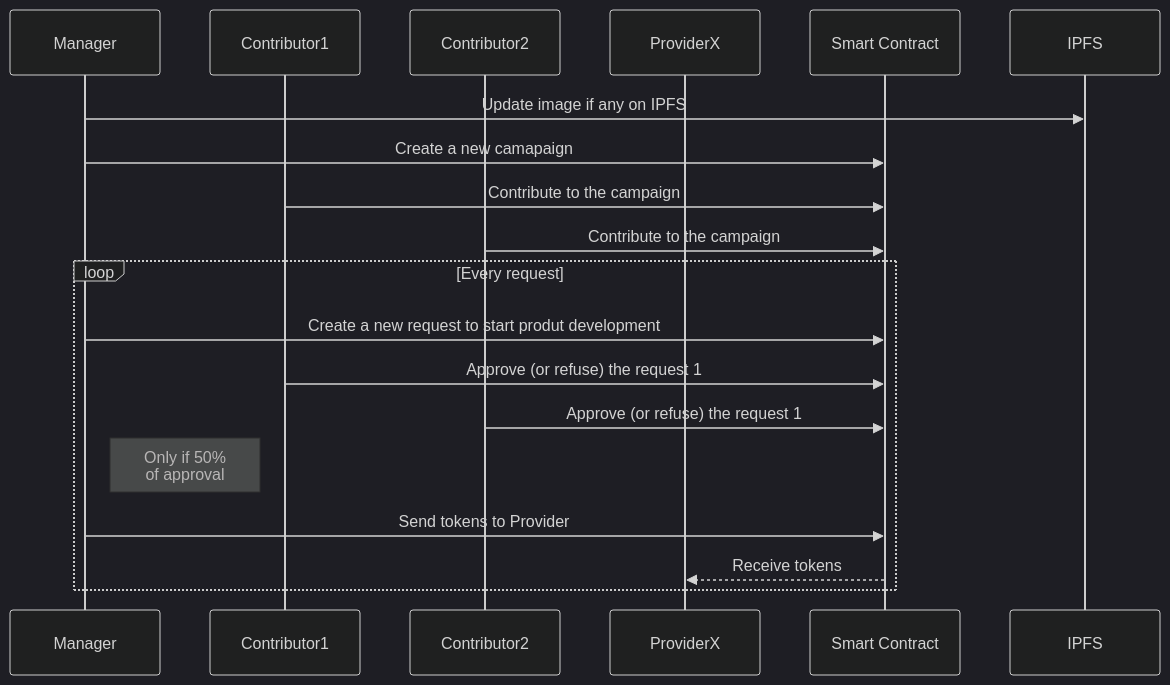
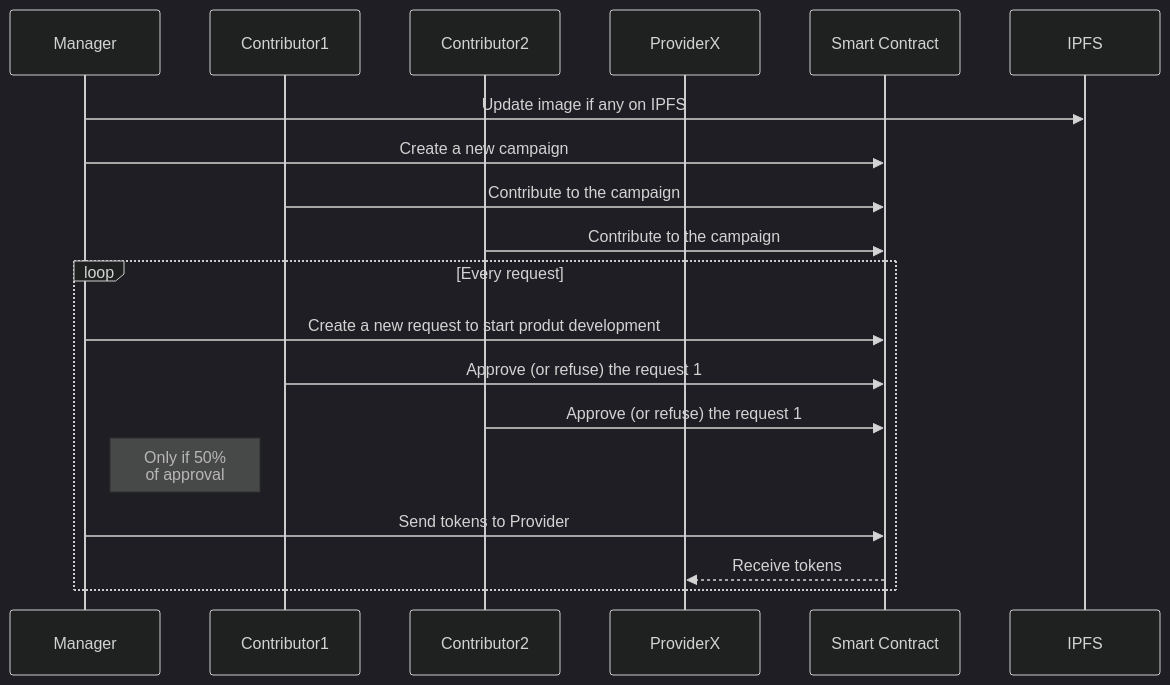
Before and after one commit to canujohann/crowdfunding-web3-sample: the diagram in readme.md, drawn with Mermaid (dark theme).

Commit message:
hotfix readme typo

````diff
--- a/readme.md
+++ b/readme.md
@@ -18,23 +18,23 @@
 ```mermaid
 sequenceDiagram
 
   participant Manager
   participant Contributor1
   participant Contributor2
   participant ProviderX
   participant Smart Contract
   participant IPFS
 
   Manager->>IPFS: Update image if any on IPFS
-  Manager->>Smart Contract: Create a new camapaign
+  Manager->>Smart Contract: Create a new campaign
   Contributor1->>Smart Contract: Contribute to the campaign
   Contributor2->>Smart Contract: Contribute to the campaign
   loop Every request
   Manager->>Smart Contract: Create a new request to start produt development
   Contributor1->>Smart Contract: Approve (or refuse) the request 1
   Contributor2->>Smart Contract: Approve (or refuse) the request 1
   Note right of Manager: Only if 50% <br>of approval
   Manager->>Smart Contract: Send tokens to Provider
   Smart Contract-->>ProviderX: Receive tokens
   end
 ```
````
